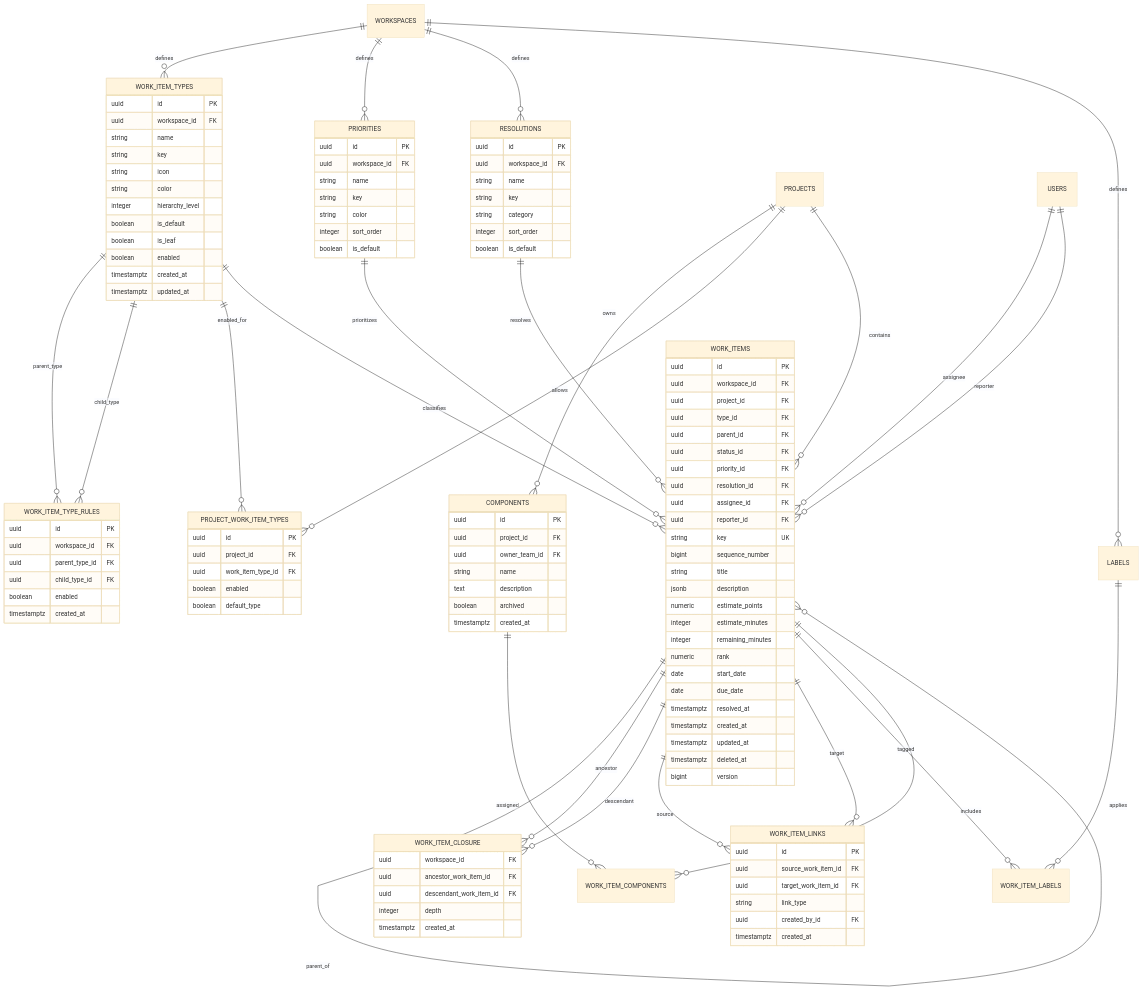
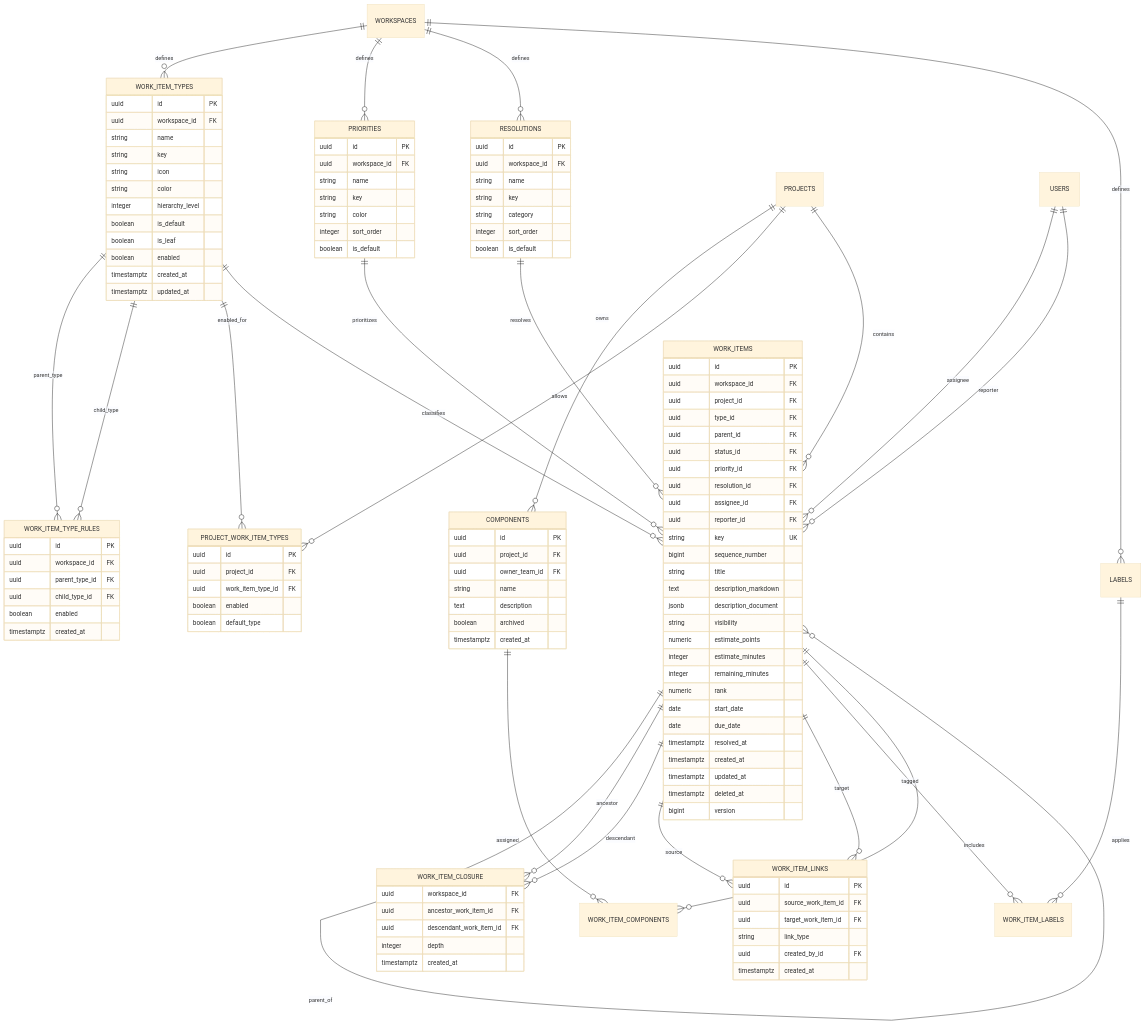
One commit to StrangeQuark/trasck changed the second of 5 diagrams in TECH_SPECS.MD. Above: the diagram before and after it, drawn with Mermaid (base theme). The commit also changed other lines of this file and 3 other files, not shown here.

Commit message:
CODEX: Generate DB schema file

```diff
--- a/TECH_SPECS.MD
+++ b/TECH_SPECS.MD
@@ -310,7 +327,9 @@
         string key UK
         bigint sequence_number
         string title
-        jsonb description
+        text description_markdown
+        jsonb description_document
+        string visibility
         numeric estimate_points
         integer estimate_minutes
         integer remaining_minutes
```
